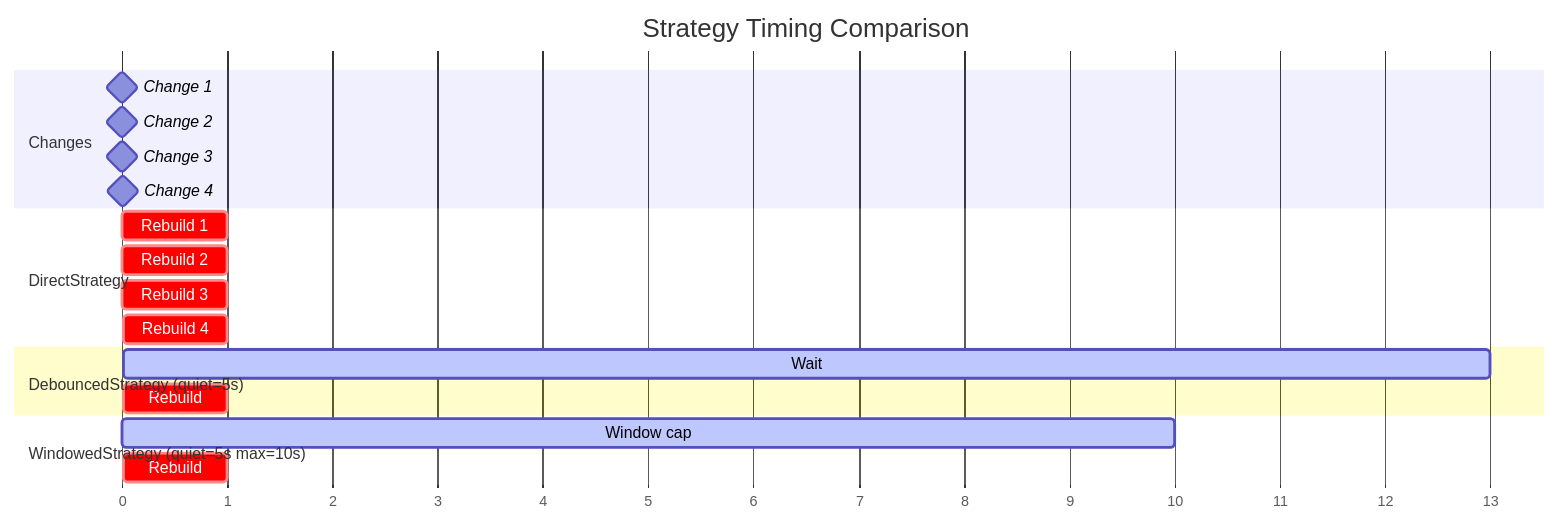
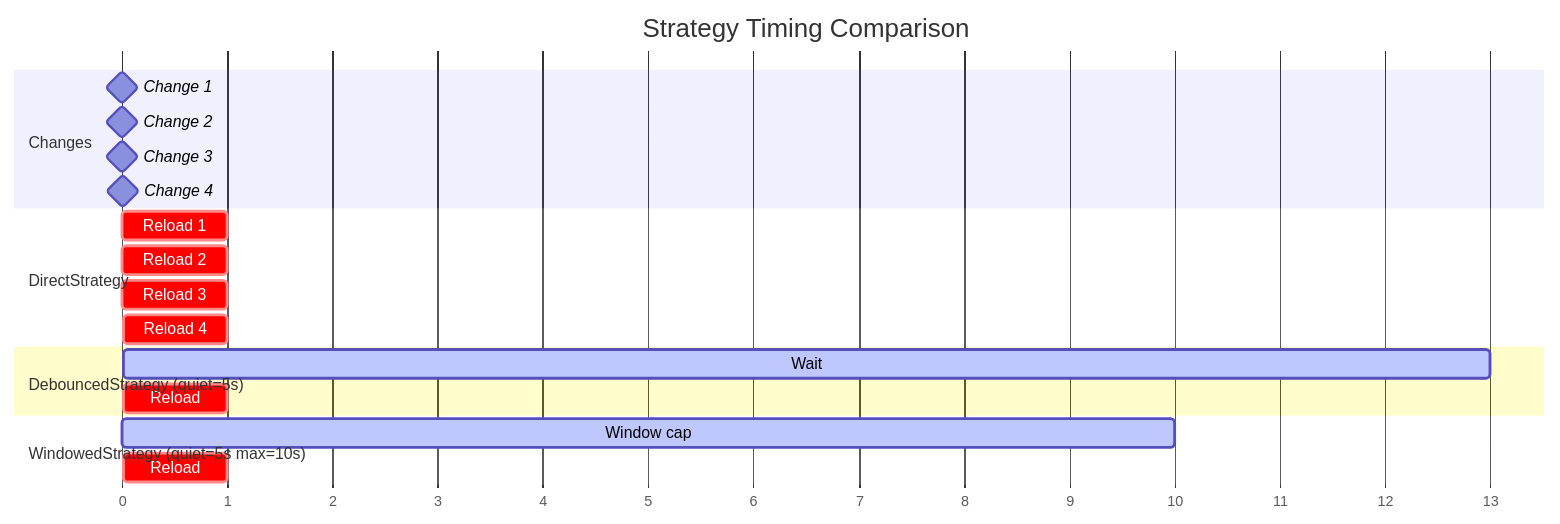
The third of 3 diagrams in docs/scenarios/10-dynamic-reconfiguration.md (mariotoffia/gobridge), drawn with Mermaid before and after one commit. The commit also changed other lines of this file and 16 other files, not shown here.

````diff
--- a/docs/scenarios/10-dynamic-reconfiguration.md
+++ b/docs/scenarios/10-dynamic-reconfiguration.md
@@ -289,26 +339,26 @@
 ```mermaid
 gantt
     title Strategy Timing Comparison
     dateFormat X
     axisFormat %s
 
     section Changes
     Change 1          :milestone, c1, 0, 0
     Change 2          :milestone, c2, 3, 0
     Change 3          :milestone, c3, 6, 0
     Change 4          :milestone, c4, 8, 0
 
     section DirectStrategy
-    Rebuild 1         :crit, d1, 0, 1
-    Rebuild 2         :crit, d2, 3, 1
-    Rebuild 3         :crit, d3, 6, 1
-    Rebuild 4         :crit, d4, 8, 1
+    Reload 1          :crit, d1, 0, 1
+    Reload 2          :crit, d2, 3, 1
+    Reload 3          :crit, d3, 6, 1
+    Reload 4          :crit, d4, 8, 1
 
     section DebouncedStrategy (quiet=5s)
     Wait              :active, dw, 8, 13
-    Rebuild           :crit, dr, 13, 1
+    Reload            :crit, dr, 13, 1
 
     section WindowedStrategy (quiet=5s max=10s)
     Window cap        :active, ww, 0, 10
-    Rebuild           :crit, wr, 10, 1
+    Reload            :crit, wr, 10, 1
 ```
````
